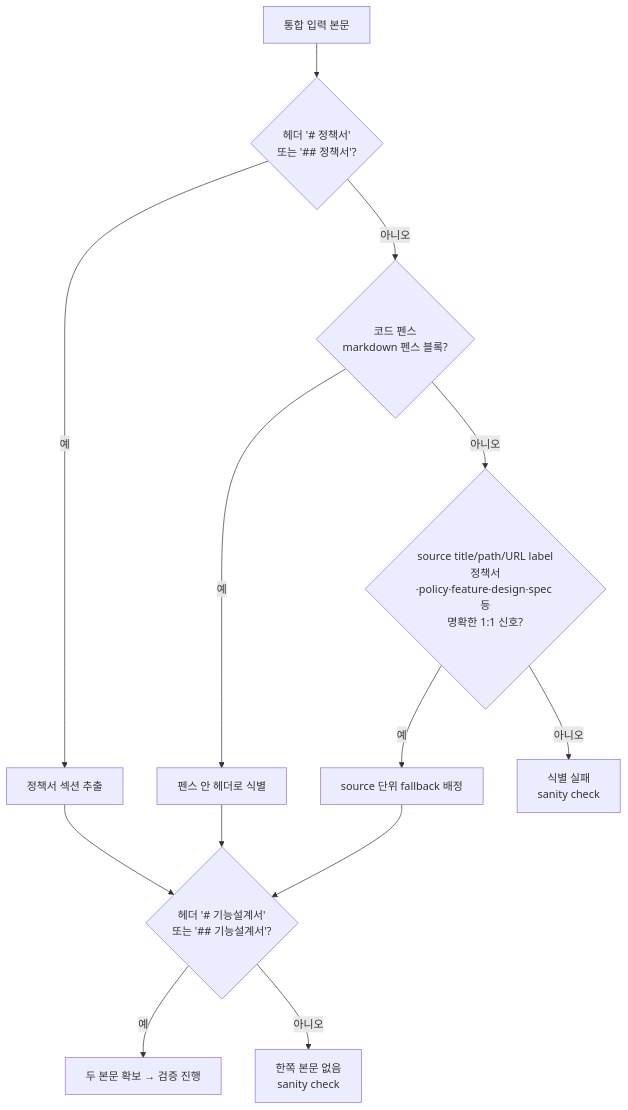
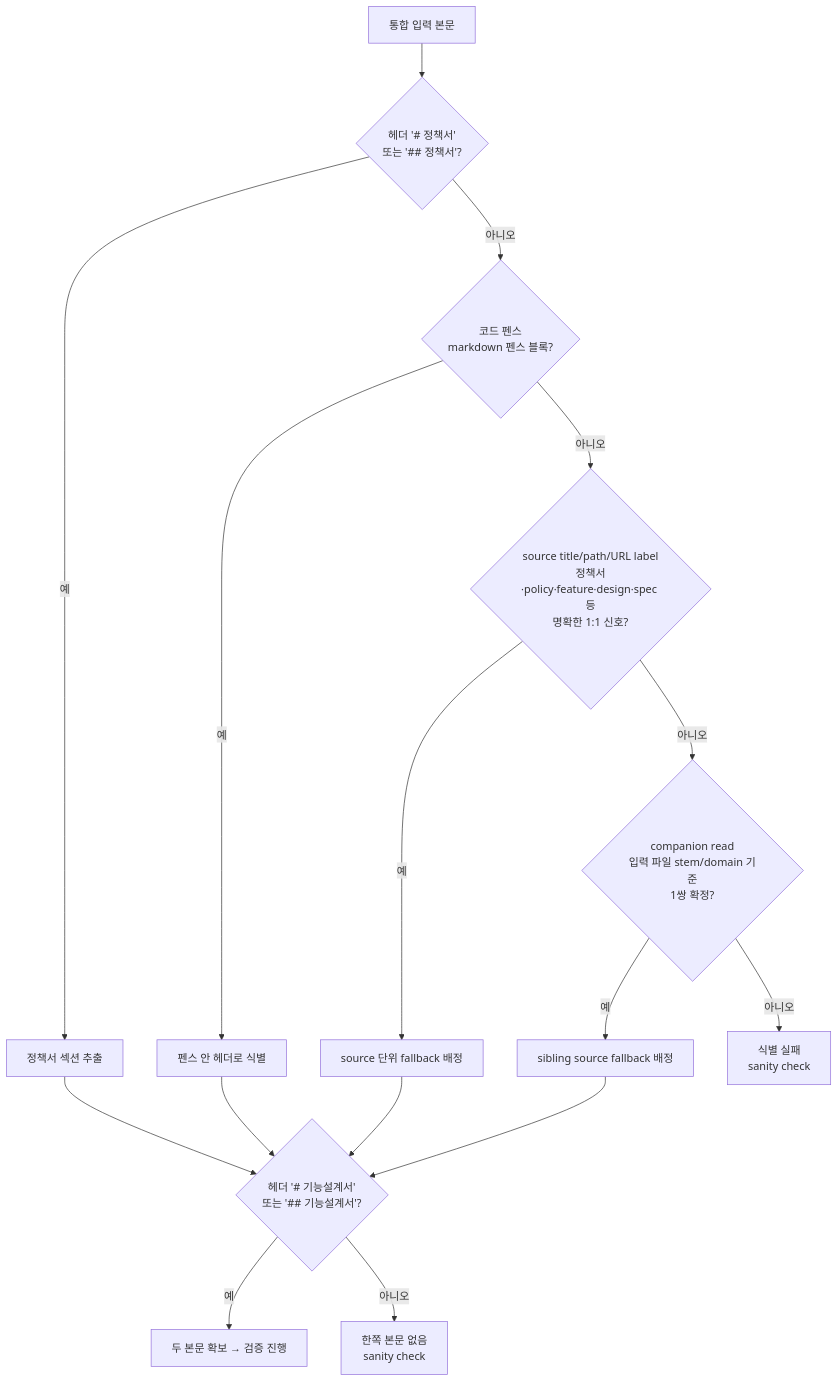
One commit to inkwonjung-colosseum/plugins changed the third of 8 diagrams in planning-kit/docs/planning-review-workflow.md. Above: the diagram before and after it, drawn with Mermaid. The commit also changed other lines of this file and 74 other files, not shown here.

````diff
--- a/planning-kit/docs/planning-review-workflow.md
+++ b/planning-kit/docs/planning-review-workflow.md
@@ -89,16 +97,19 @@
 ```mermaid
 flowchart TD
   IN[통합 입력 본문] --> P1{"헤더 '# 정책서'<br/>또는 '## 정책서'?"}
   P1 -->|예| Q1[정책서 섹션 추출]
   P1 -->|아니오| P2{"코드 펜스<br/>markdown 펜스 블록?"}
   P2 -->|예| Q2[펜스 안 헤더로 식별]
   P2 -->|아니오| P4{"source title/path/URL label<br/>정책서·policy·feature·design·spec 등<br/>명확한 1:1 신호?"}
   P4 -->|예| Q4[source 단위 fallback 배정]
-  P4 -->|아니오| FAIL[식별 실패<br/>sanity check]
+  P4 -->|아니오| P5{"companion read<br/>입력 파일 stem/domain 기준<br/>1쌍 확정?"}
+  P5 -->|예| Q5[sibling source fallback 배정]
+  P5 -->|아니오| FAIL[식별 실패<br/>sanity check]
 
   Q1 --> P3{"헤더 '# 기능설계서'<br/>또는 '## 기능설계서'?"}
   Q2 --> P3
   Q4 --> P3
+  Q5 --> P3
   P3 -->|예| OK[두 본문 확보 → 검증 진행]
   P3 -->|아니오| EMPTY[한쪽 본문 없음<br/>sanity check]
 ```
````
